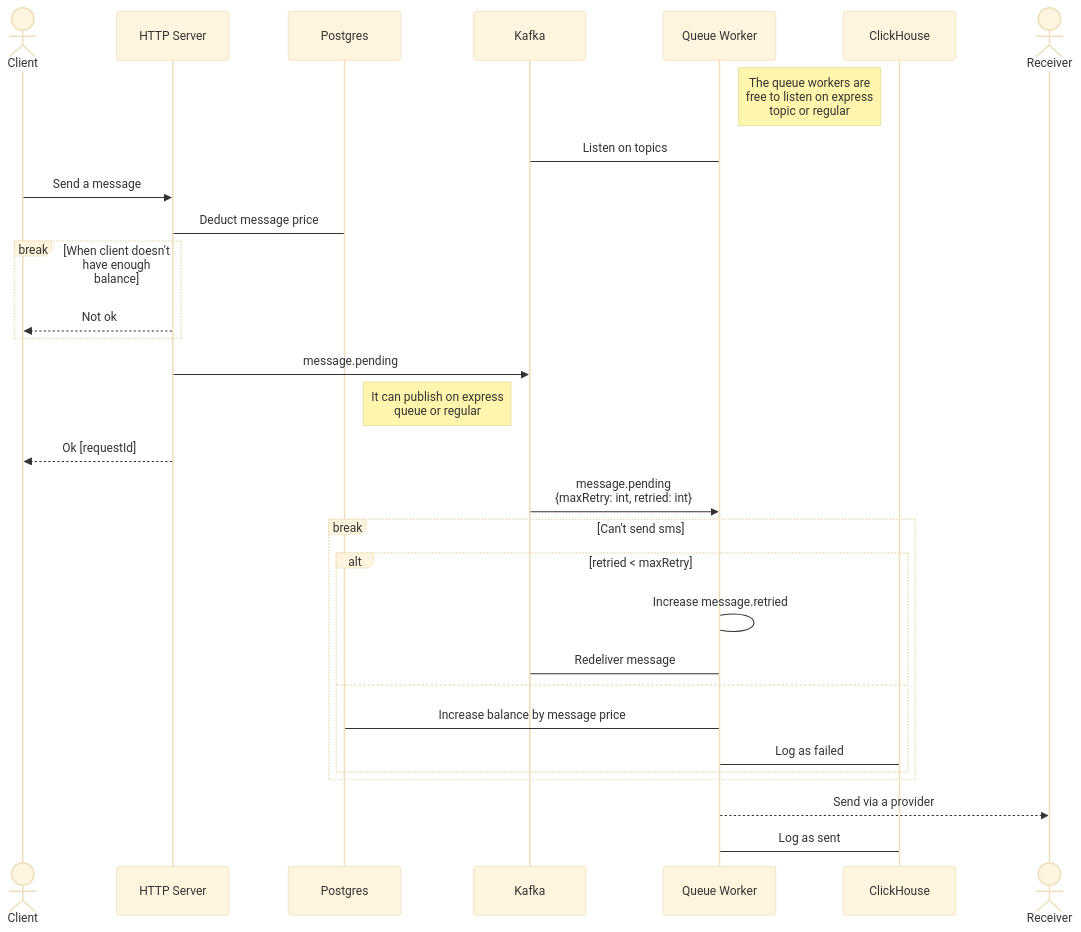
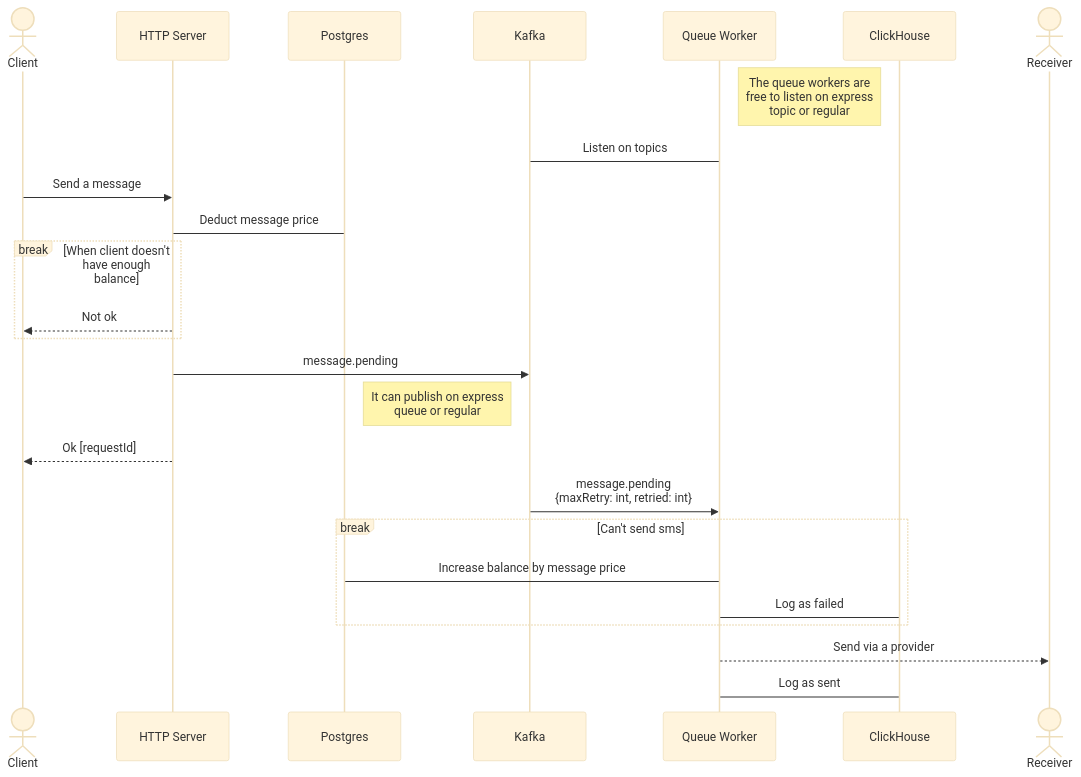
One commit to kadsin/sms-gateway changed the first of 2 diagrams in docs/architecture.md. Above: the diagram before and after it, drawn with Mermaid (base theme). The commit also changed 15 other files, not shown here.

````diff
--- a/docs/architecture.md
+++ b/docs/architecture.md
@@ -5,36 +5,31 @@
 ```mermaid
 sequenceDiagram
     Actor c as Client
     Participant s as HTTP Server
     Participant pdb as Postgres
     Participant mb as Kafka
     Participant w as Queue Worker
     Note right of w : The queue workers are<br>free to listen on express<br>topic or regular
     Participant cdb as ClickHouse
     Actor r as Receiver
 
 w->mb : Listen on topics
 
 c->>s : Send a message
 s->pdb : Deduct message price
 
 break When client doesn't have enough balance
     s-->>c : Not ok
 end
 
 s->>mb : message.pending
 Note left of mb : It can publish on express<br>queue or regular
 s-->>c : Ok [requestId]
 mb->>w : message.pending<br>{maxRetry: int, retried: int}
 break Can't send sms
-    alt retried < maxRetry
-        w->w : Increase message.retried
-        w->mb : Redeliver message
-    else
-        w->pdb : Increase balance by message price
-        w->cdb : Log as failed
-    end
+    w->pdb : Increase balance by message price
+    w->cdb : Log as failed
 end
 w-->>r: Send via a provider
 w->cdb : Log as sent
 ```
````
